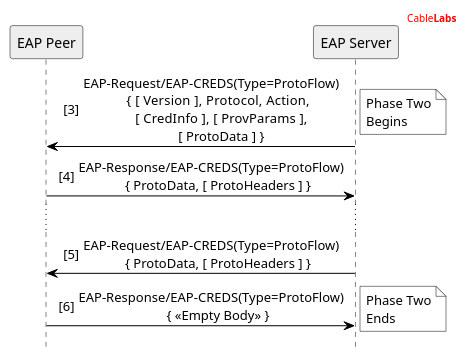
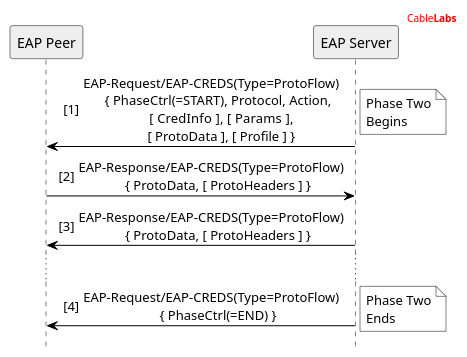
One commit to openca/eap-creds changed the diagram in UML/EAP-CREDS Phase Two Flow.puml. Above: the diagram before and after it, drawn with PlantUML. The commit also changed 8 other files, not shown here.

```diff
--- a/UML/EAP-CREDS Phase Two Flow.puml
+++ b/UML/EAP-CREDS Phase Two Flow.puml
@@ -2,43 +2,43 @@
 @startuml
 
 '' header information
 header
 <font color="red">Cable<b>Labs</b></font>
 endheader
 
 '' Use this to hide the foot boxes
 hide footbox
 
 skinparam sequenceMessageAlign center
 skinparam NoteBorderColor black
 '' skinparam BackgroundColor #ddd
 
 skinparam sequence {
 	borderColor black
 	ArrowColor black
 	ActorBorderColor black
 	ParticipantBorderColor black
 	LifeLineBorderColor black
 	LifeLineBackgroundColor white
 }
 
 '' Participants Declaration
 Participant "EAP Peer" as P #eee
 Participant "EAP Server" as S #eee
 
-autonumber 3 "[##]"
+autonumber 1 "[##]"
 
-S->P: EAP-Request/EAP-CREDS(Type=ProtoFlow)\n    { [ Version   ], Protocol, Action,\n      [ CredInfo  ], [ ProvParams ],\n      [ ProtoData ] }
+S->P: EAP-Request/EAP-CREDS(Type=ProtoFlow)\n    { PhaseCtrl(=START), Protocol, Action,\n      [ CredInfo  ], [ Params ],\n      [ ProtoData ], [ Profile ] }
 note right #fff: Phase Two\nBegins
 
 P->S: EAP-Response/EAP-CREDS(Type=ProtoFlow)\n    { ProtoData, [ ProtoHeaders ] }
 
+S->P: EAP-Response/EAP-CREDS(Type=ProtoFlow)\n    { ProtoData, [ ProtoHeaders ] }
+
 ...
 
-S->P: EAP-Request/EAP-CREDS(Type=ProtoFlow)\n    { ProtoData, [ ProtoHeaders ] }
-
-P->S: EAP-Response/EAP-CREDS(Type=ProtoFlow)\n    { << Empty Body >> }
+S->P: EAP-Request/EAP-CREDS(Type=ProtoFlow)\n    { PhaseCtrl(=END) }
 note right #fff: Phase Two\nEnds
 
 
 @enduml
```
